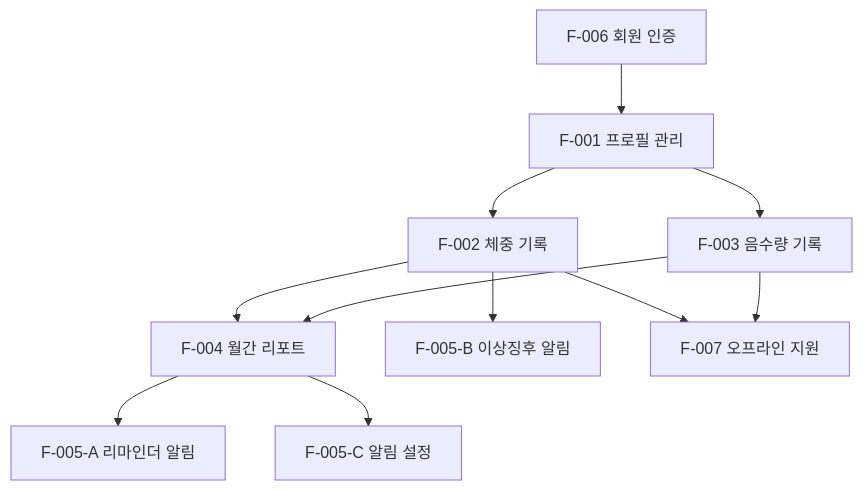
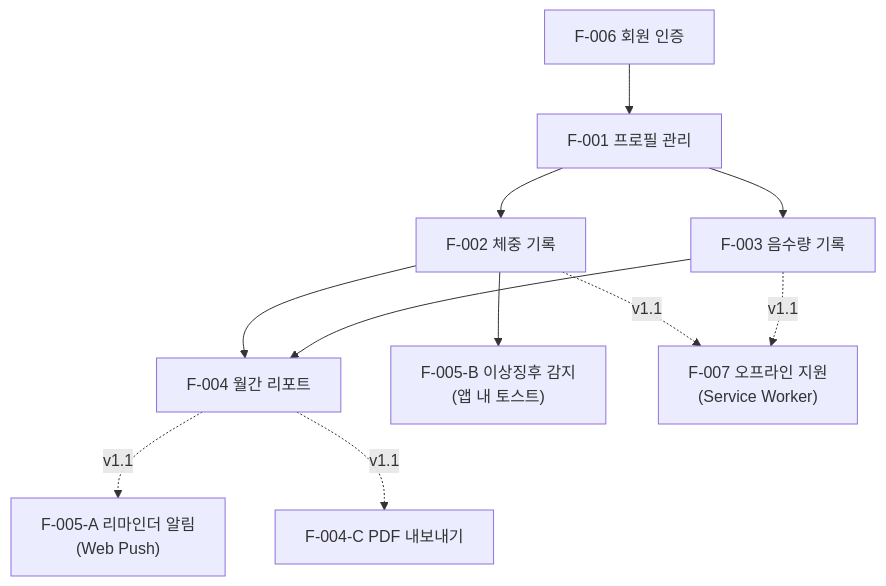
One commit to yh-labs/agent-study-public changed the diagram in 02.기획문서/기능명세서.md. Above: the diagram before and after it, drawn with Mermaid. The commit also changed other lines of this file and 10 other files, not shown here.

First line of the commit message:
[W4] 기획·구현·검수 문서 v1.1 - 오프라인/PDF/WebPush 범위 조정

````diff
--- a/02.기획문서/기능명세서.md
+++ b/02.기획문서/기능명세서.md
@@ -303,13 +270,13 @@
 ```mermaid
 graph TD
     F006[F-006 회원 인증] --> F001[F-001 프로필 관리]
     F001 --> F002[F-002 체중 기록]
     F001 --> F003[F-003 음수량 기록]
     F002 --> F004[F-004 월간 리포트]
     F003 --> F004
-    F002 --> F005B[F-005-B 이상징후 알림]
-    F004 --> F005A[F-005-A 리마인더 알림]
-    F004 --> F005C[F-005-C 알림 설정]
-    F002 --> F007[F-007 오프라인 지원]
-    F003 --> F007
+    F002 --> F005B["F-005-B 이상징후 감지\n(앱 내 토스트)"]
+    F004 -.->|v1.1| F005A["F-005-A 리마인더 알림\n(Web Push)"]
+    F004 -.->|v1.1| F004C["F-004-C PDF 내보내기"]
+    F002 -.->|v1.1| F007["F-007 오프라인 지원\n(Service Worker)"]
+    F003 -.->|v1.1| F007
 ```
````
